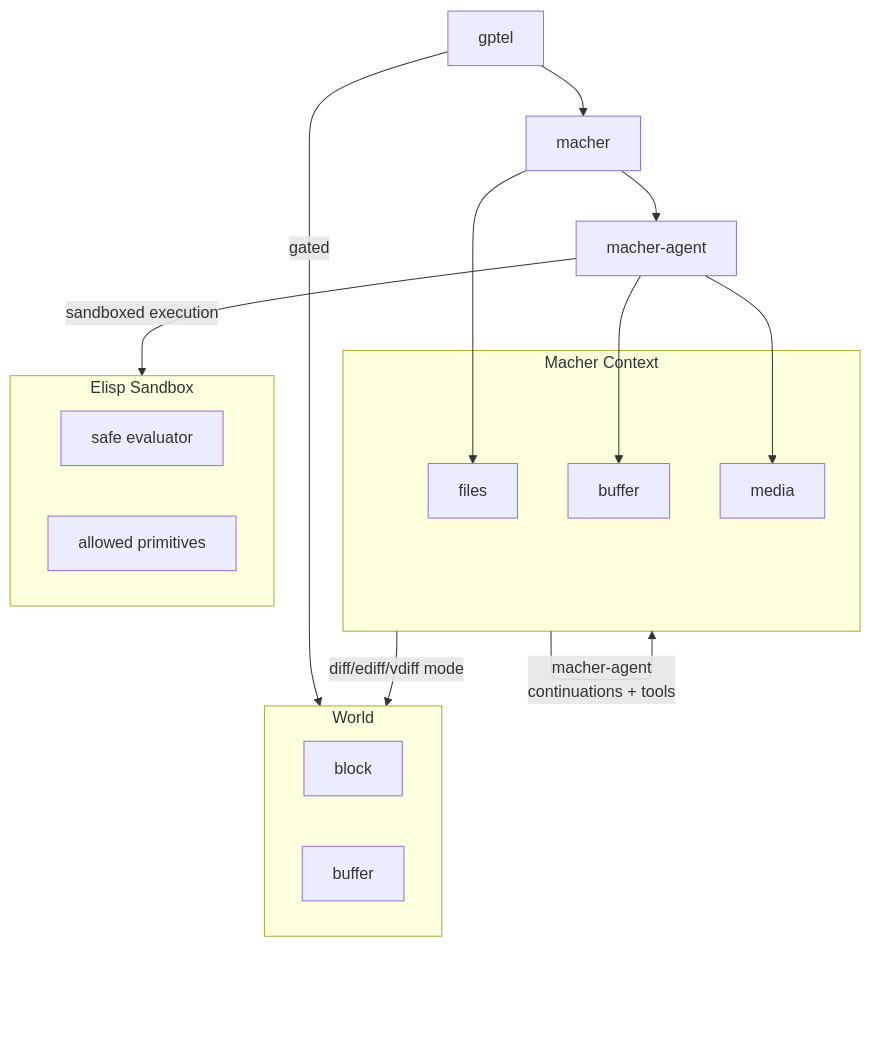
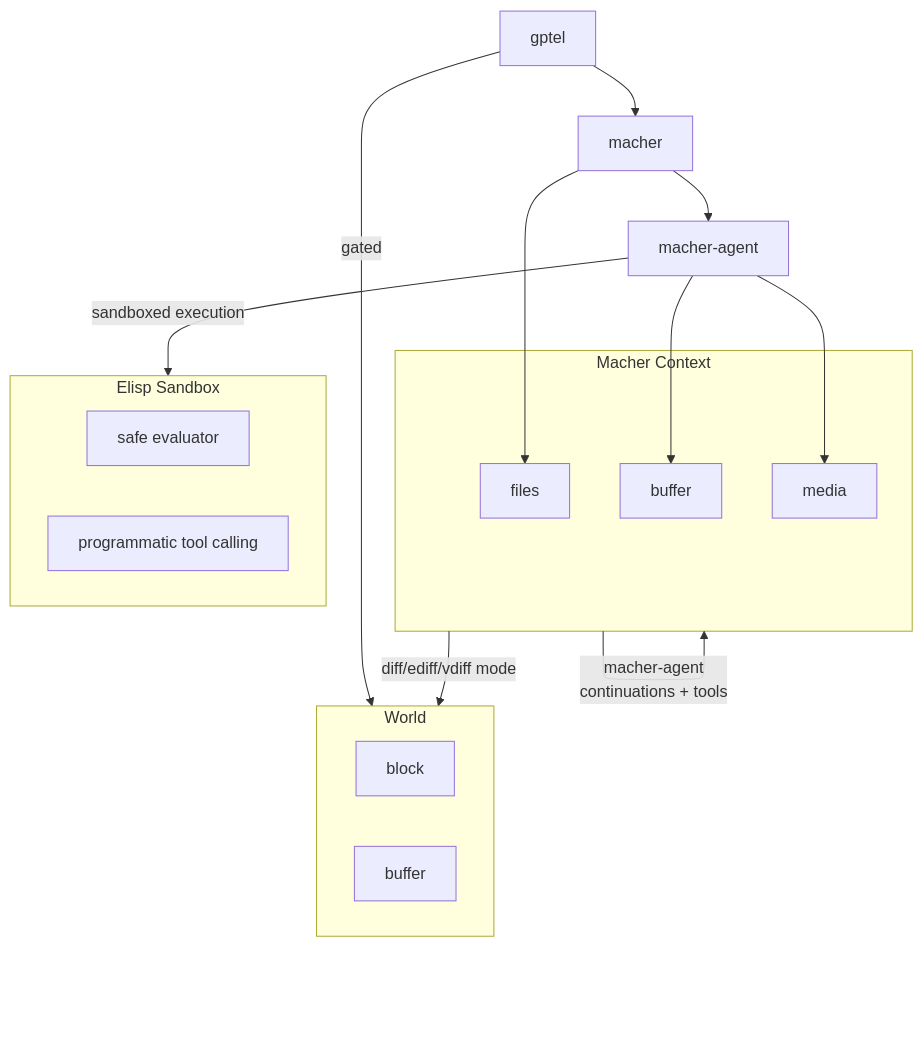
The diagram in README.md (elij/macher-agent), drawn with Mermaid before and after one commit.

````diff
--- a/README.md
+++ b/README.md
@@ -52,32 +52,32 @@
 ```mermaid
 graph TD
     gptel --> macher
     macher --> macher-agent
 
     subgraph world [World]
         direction LR
         block
         emacs-buffer[buffer]
     end
 
     subgraph macher-context [Macher Context]
         files
         buffer
         media
     end
 
     subgraph elisp-sandbox [Elisp Sandbox]
         direction LR
         evaluator[safe evaluator]
-        primitives[allowed primitives]
+        primitives[programmatic tool calling]
     end
 
     gptel --> |gated| world
     macher --> files
     macher-context --> |diff/ediff/vdiff mode| world
     macher-agent --> buffer
     macher-agent --> media
     macher-context -->|macher-agent<br /> continuations + tools| macher-context 
     macher-agent --> |sandboxed execution| elisp-sandbox
 
 ```
````
